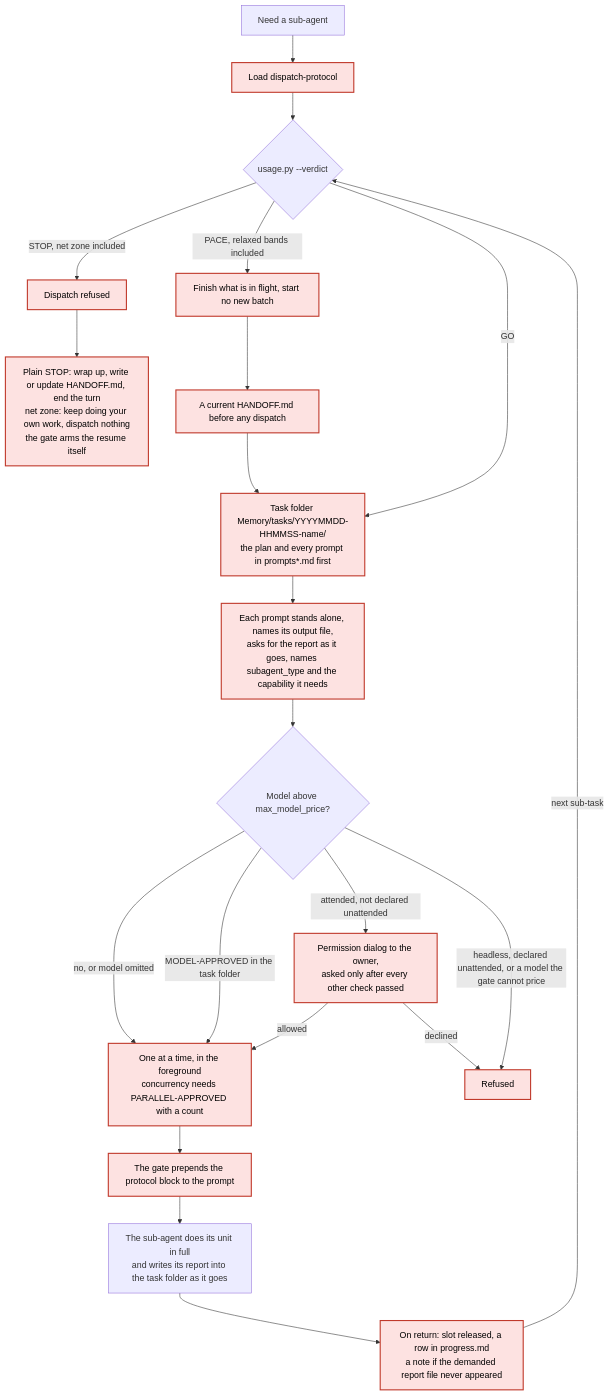
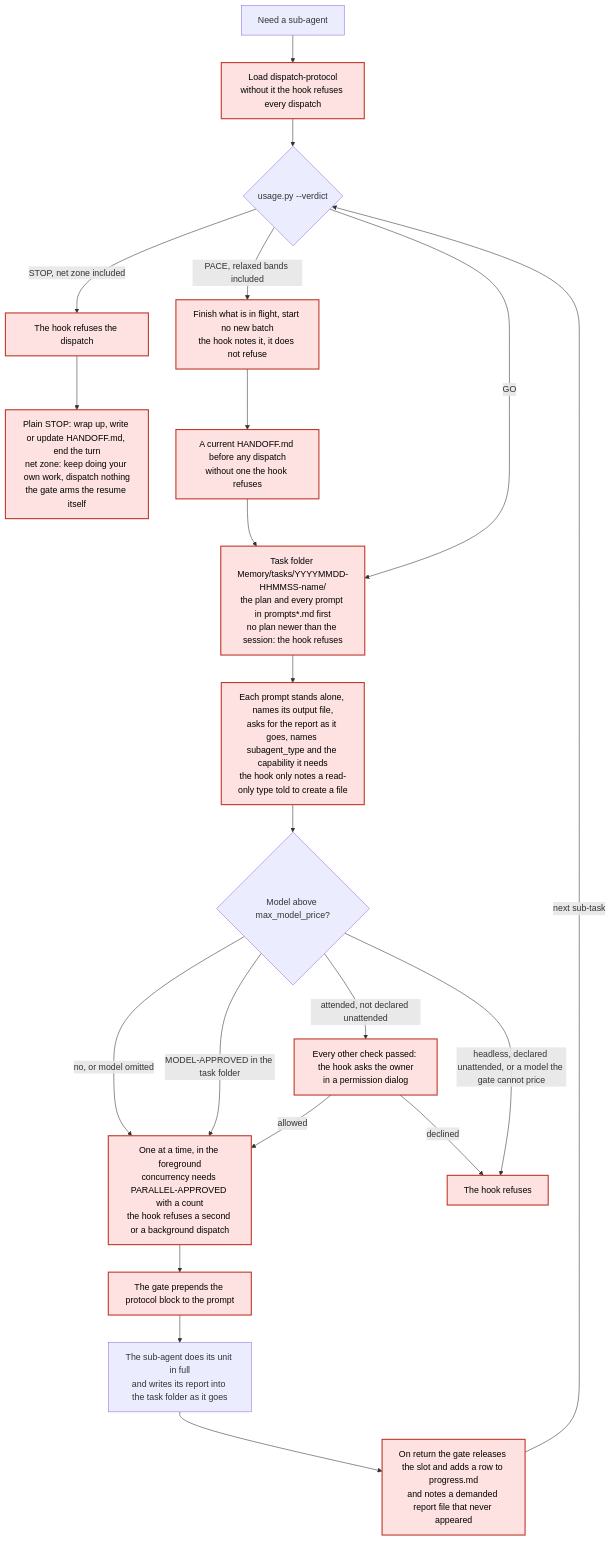
One commit to Dino9021/dispatch-guard changed the fourth of 6 diagrams in README.md. Above: the diagram before and after it, drawn with Mermaid. The commit also changed other lines of this file and 2 other files, not shown here.

First line of the commit message:
dispatch-guard 0.70.4

````diff
--- a/README.md
+++ b/README.md
@@ -1842,25 +1842,25 @@
 ```mermaid
 flowchart TD
-  needAgent["Need a sub-agent"] --> loadProtocol["Load dispatch-protocol"]
+  needAgent["Need a sub-agent"] --> loadProtocol["Load dispatch-protocol<br/>without it the hook refuses every dispatch"]
   loadProtocol --> verdict{"usage.py --verdict"}
-  verdict -->|"STOP, net zone included"| stopRefused["Dispatch refused"]
+  verdict -->|"STOP, net zone included"| stopRefused["The hook refuses the dispatch"]
   stopRefused --> stopWrapUp["Plain STOP: wrap up, write or update HANDOFF.md, end the turn<br/>net zone: keep doing your own work, dispatch nothing<br/>the gate arms the resume itself"]
-  verdict -->|"PACE, relaxed bands included"| paceInFlight["Finish what is in flight, start no new batch"]
-  paceInFlight --> paceHandoff["A current HANDOFF.md before any dispatch"]
+  verdict -->|"PACE, relaxed bands included"| paceInFlight["Finish what is in flight, start no new batch<br/>the hook notes it, it does not refuse"]
+  paceInFlight --> paceHandoff["A current HANDOFF.md before any dispatch<br/>without one the hook refuses"]
   verdict -->|"GO"| planOnDisk
-  paceHandoff --> planOnDisk["Task folder Memory/tasks/YYYYMMDD-HHMMSS-name/<br/>the plan and every prompt in prompts*.md first"]
-  planOnDisk --> everyPrompt["Each prompt stands alone, names its output file,<br/>asks for the report as it goes, names subagent_type and the capability it needs"]
+  paceHandoff --> planOnDisk["Task folder Memory/tasks/YYYYMMDD-HHMMSS-name/<br/>the plan and every prompt in prompts*.md first<br/>no plan newer than the session: the hook refuses"]
+  planOnDisk --> everyPrompt["Each prompt stands alone, names its output file,<br/>asks for the report as it goes, names subagent_type and the capability it needs<br/>the hook only notes a read-only type told to create a file"]
   everyPrompt --> modelCheck{"Model above max_model_price?"}
   modelCheck -->|"no, or model omitted"| singleDispatch
   modelCheck -->|"MODEL-APPROVED in the task folder"| singleDispatch
-  modelCheck -->|"attended, not declared unattended"| dialogToOwner["Permission dialog to the owner,<br/>asked only after every other check passed"]
-  modelCheck -->|"headless, declared unattended, or a model the gate cannot price"| modelRefused["Refused"]
-  dialogToOwner -->|"allowed"| singleDispatch["One at a time, in the foreground<br/>concurrency needs PARALLEL-APPROVED with a count"]
+  modelCheck -->|"attended, not declared unattended"| dialogToOwner["Every other check passed: the hook asks the owner<br/>in a permission dialog"]
+  modelCheck -->|"headless, declared unattended, or a model the gate cannot price"| modelRefused["The hook refuses"]
+  dialogToOwner -->|"allowed"| singleDispatch["One at a time, in the foreground<br/>concurrency needs PARALLEL-APPROVED with a count<br/>the hook refuses a second or a background dispatch"]
   dialogToOwner -->|"declined"| modelRefused
   singleDispatch --> prependBlock["The gate prepends the protocol block to the prompt"]
   prependBlock --> subAgentWork["The sub-agent does its unit in full<br/>and writes its report into the task folder as it goes"]
-  subAgentWork --> afterReturn["On return: slot released, a row in progress.md<br/>a note if the demanded report file never appeared"]
+  subAgentWork --> afterReturn["On return the gate releases the slot and adds a row to progress.md<br/>and notes a demanded report file that never appeared"]
   afterReturn -->|"next sub-task"| verdict
   class loadProtocol,stopRefused,stopWrapUp,paceInFlight,paceHandoff,planOnDisk,everyPrompt,dialogToOwner,modelRefused,singleDispatch,prependBlock,afterReturn gate
   classDef gate fill:#fde2e1,stroke:#c0392b,stroke-width:2px,color:#000
 ```
````
